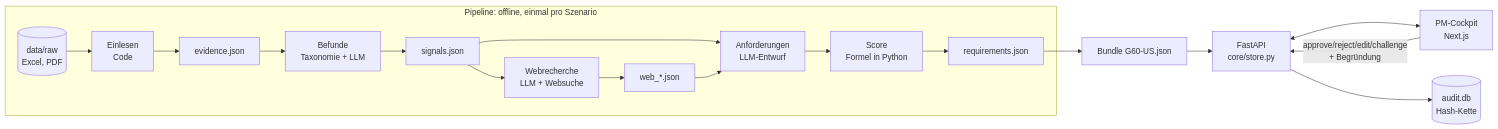
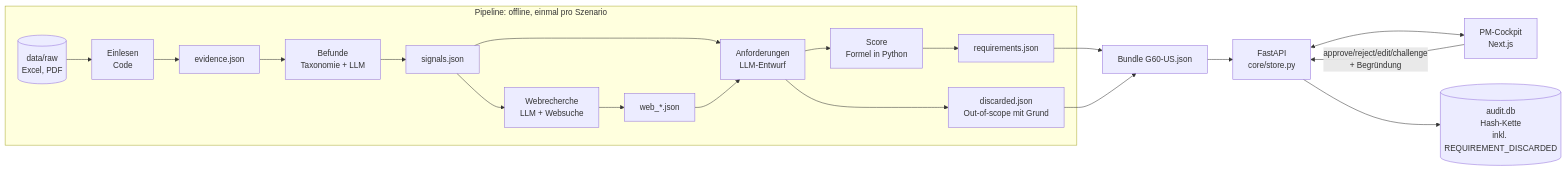
One commit to PiyushPapaya/TUMHackathon26 changed the diagram in docs/ARCHITEKTUR.md. Above: the diagram before and after it, drawn with Mermaid. The commit also changed 4 other files, not shown here.

First line of the commit message:
Pipeline nutzt derive_all und protokolliert verworfene Entwürfe, weil der PM sehen soll, was die KI als Out-of-scope vorgeschlagen hat

````diff
--- a/docs/ARCHITEKTUR.md
+++ b/docs/ARCHITEKTUR.md
@@ -15,20 +15,22 @@
 ```mermaid
 flowchart LR
   subgraph Pipeline [Pipeline: offline, einmal pro Szenario]
     R[(data/raw<br/>Excel, PDF)] --> A1[Einlesen<br/>Code]
     A1 --> E[evidence.json]
     E --> A2[Befunde<br/>Taxonomie + LLM]
     A2 --> S[signals.json]
     S --> B[Webrecherche<br/>LLM + Websuche]
     B --> W[web_*.json]
     S --> C[Anforderungen<br/>LLM-Entwurf]
     W --> C
     C --> P[Score<br/>Formel in Python]
     P --> Q[requirements.json]
+    C --> DX[discarded.json<br/>Out-of-scope mit Grund]
   end
   Q --> BUN[Bundle G60-US.json]
+  DX --> BUN
   BUN --> API[FastAPI<br/>core/store.py]
   API <--> UI[PM-Cockpit<br/>Next.js]
   UI -- approve/reject/edit/challenge<br/>+ Begründung --> API
-  API --> AUD[(audit.db<br/>Hash-Kette)]
+  API --> AUD[(audit.db<br/>Hash-Kette<br/>inkl. REQUIREMENT_DISCARDED)]
 ```
````
